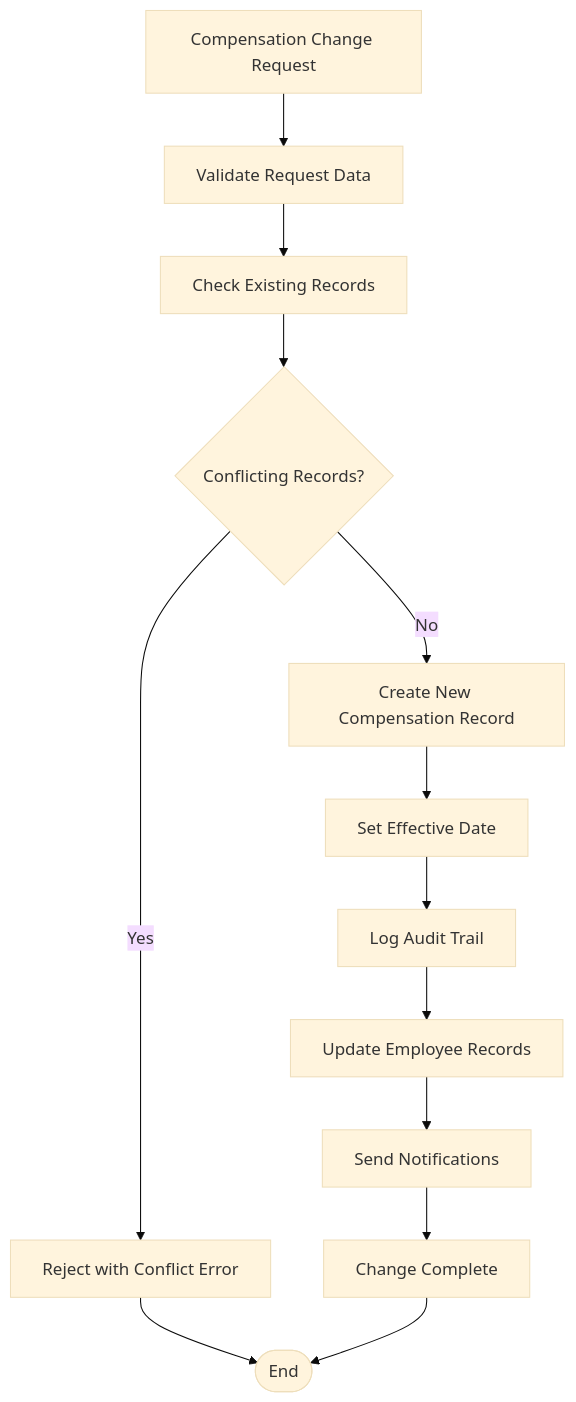
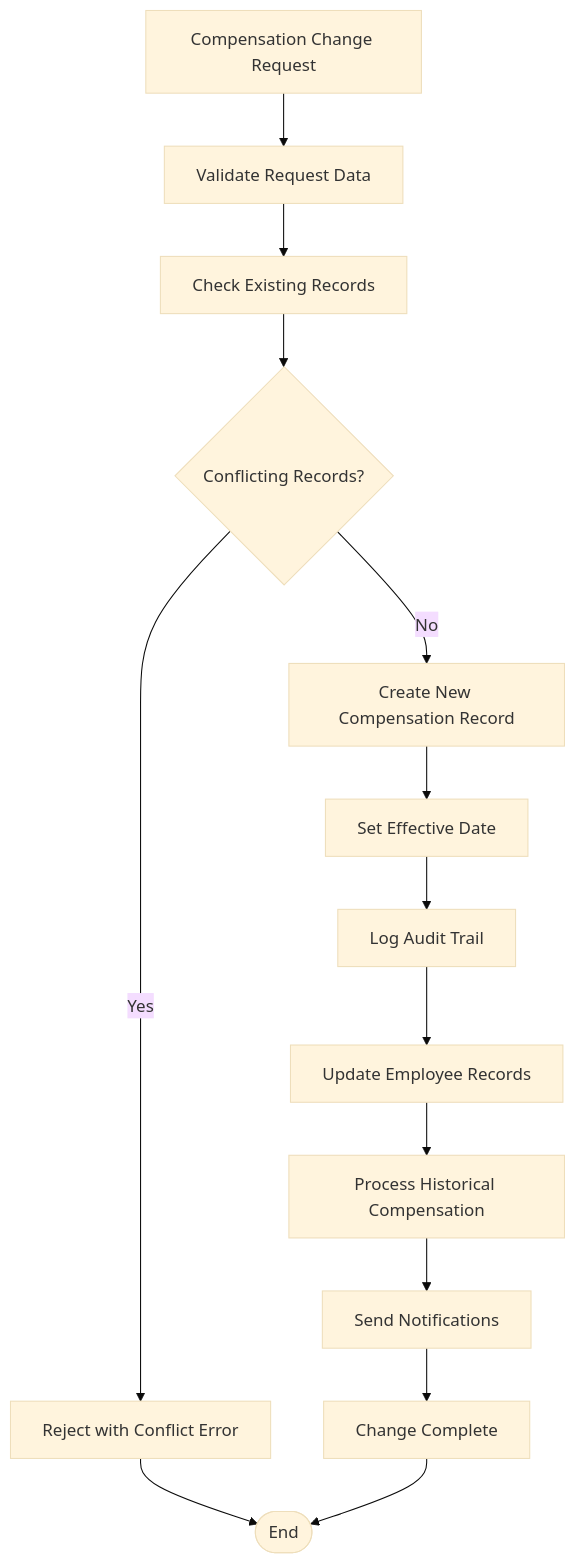
Before and after one commit to vincet0t15/template: diagram 15 of 19 in .qoder/repowiki/en/content/Employee Management/Employee Compensation Management.md, drawn with Mermaid (base theme). The commit also changed other lines of this file and 11 other files, not shown here.

````diff
--- a/.qoder/repowiki/en/content/Employee Management/Employee Compensation Management.md
+++ b/.qoder/repowiki/en/content/Employee Management/Employee Compensation Management.md
@@ -681,15 +837,16 @@
 ```mermaid
 flowchart TD
 RequestChange["Compensation Change Request"] --> ValidateRequest["Validate Request Data"]
 ValidateRequest --> CheckExisting["Check Existing Records"]
 CheckExisting --> Conflict{"Conflicting Records?"}
 Conflict --> |Yes| RejectRequest["Reject with Conflict Error"]
 Conflict --> |No| CreateRecord["Create New Compensation Record"]
 CreateRecord --> SetEffectiveDate["Set Effective Date"]
 SetEffectiveDate --> LogAudit["Log Audit Trail"]
 LogAudit --> UpdateEmployee["Update Employee Records"]
-UpdateEmployee --> Notify["Send Notifications"]
+UpdateEmployee --> HistoricalCalc["Process Historical Compensation"]
+HistoricalCalc --> Notify["Send Notifications"]
 Notify --> Complete["Change Complete"]
 RejectRequest --> End([End])
 Complete --> End
 ```
````
